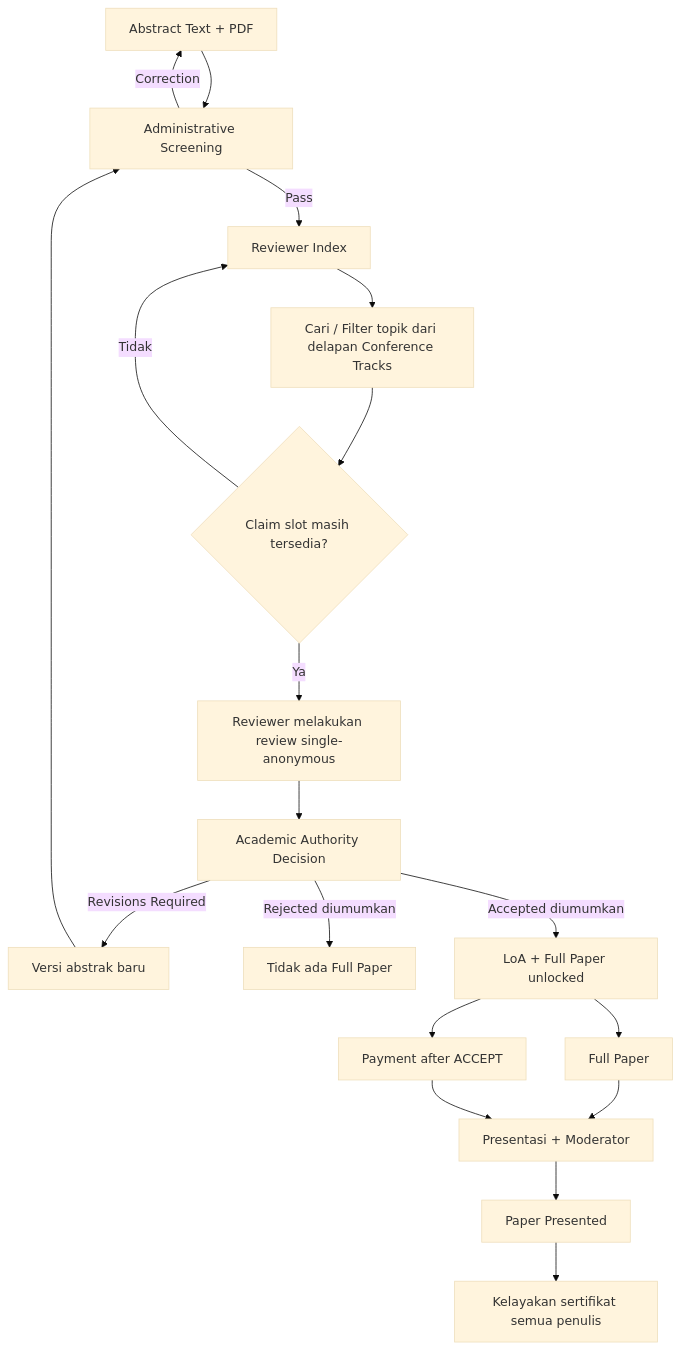
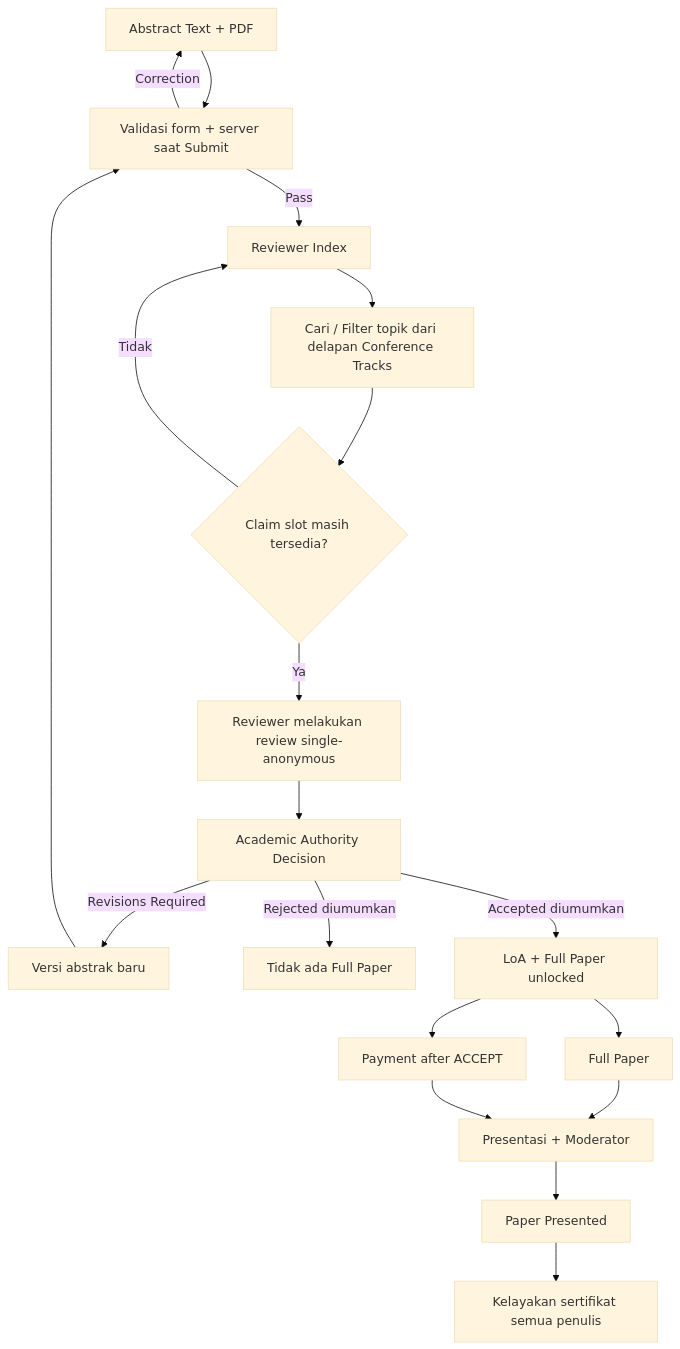
The diagram in docs/03-SUBMISSION-REVIEW-AKADEMIK.md (akhmadafnan/iches-unisya), drawn with Mermaid (base theme) before and after one commit. The commit also changed other lines of this file and 9 other files, not shown here.

Commit message:
docs: replace abstract screening with submit validation and link Co-Host seat proposal

````diff
--- a/docs/03-SUBMISSION-REVIEW-AKADEMIK.md
+++ b/docs/03-SUBMISSION-REVIEW-AKADEMIK.md
@@ -34,21 +36,21 @@
 ```mermaid
 flowchart TD
-  A["Abstract Text + PDF"] --> B["Administrative Screening"]
+  A["Abstract Text + PDF"] --> B["Validasi form + server saat Submit"]
   B -->|Correction| A
   B -->|Pass| C["Reviewer Index"]
   C --> D["Cari / Filter topik dari delapan Conference Tracks"]
   D --> E{"Claim slot masih tersedia?"}
   E -->|Ya| F["Reviewer melakukan review single-anonymous"]
   E -->|Tidak| C
   F --> G["Academic Authority Decision"]
   G -->|Revisions Required| H["Versi abstrak baru"]
   H --> B
   G -->|Rejected diumumkan| R["Tidak ada Full Paper"]
   G -->|Accepted diumumkan| I["LoA + Full Paper unlocked"]
   I --> J["Full Paper"]
   I --> K["Payment after ACCEPT"]
   J --> L["Presentasi + Moderator"]
   K --> L
   L --> M["Paper Presented"]
   M --> N["Kelayakan sertifikat semua penulis"]
 ```
````
